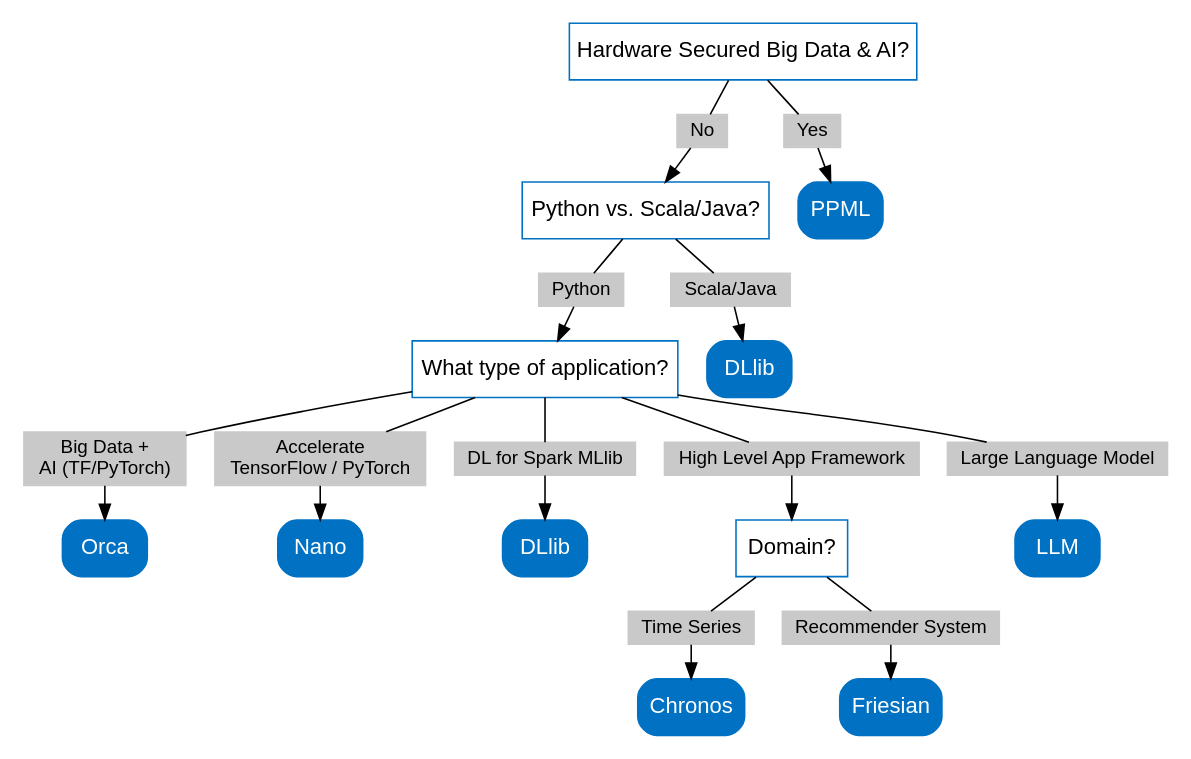
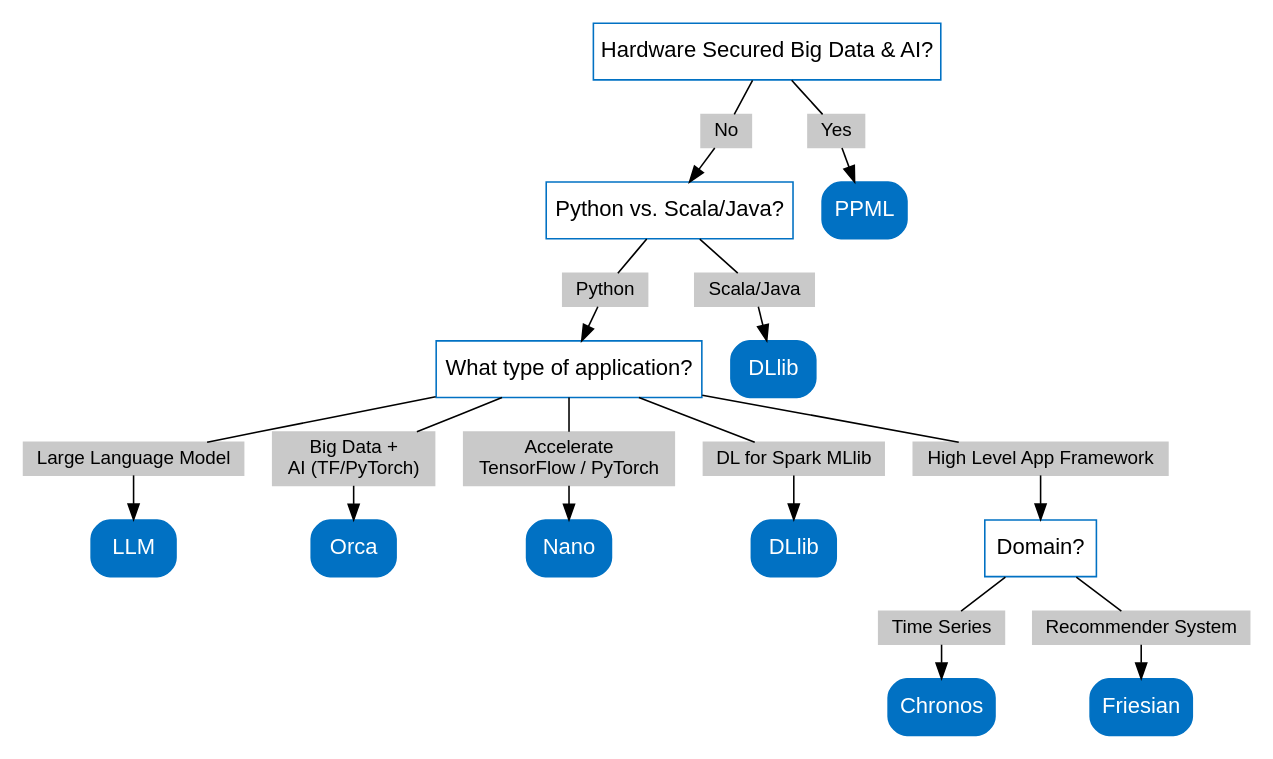
The diagram in docs/readthedocs/source/index.rst (intel-analytics/ipex-llm), drawn with Graphviz before and after one commit.

```diff
--- a/docs/readthedocs/source/index.rst
+++ b/docs/readthedocs/source/index.rst
@@ -31,59 +31,59 @@
 .. graphviz::
 
     digraph BigDLDecisionTree {
         graph [pad=0.1 ranksep=0.3 tooltip=" "]
         node [color="#0171c3" shape=box fontname="Arial" fontsize=14 tooltip=" "]
         edge [tooltip=" "]
         
         Feature1 [label="Hardware Secured Big Data & AI?"]
         Feature2 [label="Python vs. Scala/Java?"]
         Feature3 [label="What type of application?"]
         Feature4 [label="Domain?"]
         
         LLM[href="https://github.com/intel-analytics/BigDL/blob/main/python/llm" target="_blank" target="_blank" style="rounded,filled" fontcolor="#ffffff" tooltip="Go to BigDL-LLM document"]
         Orca[href="../doc/Orca/index.html" target="_blank" target="_blank" style="rounded,filled" fontcolor="#ffffff" tooltip="Go to BigDL-Orca document"]
         Nano[href="../doc/Nano/index.html" target="_blank" target="_blank" style="rounded,filled" fontcolor="#ffffff" tooltip="Go to BigDL-Nano document"]
         DLlib1[label="DLlib" href="../doc/DLlib/index.html" target="_blank" style="rounded,filled" fontcolor="#ffffff" tooltip="Go to BigDL-DLlib document"]
         DLlib2[label="DLlib" href="../doc/DLlib/index.html" target="_blank" style="rounded,filled" fontcolor="#ffffff" tooltip="Go to BigDL-DLlib document"]
         Chronos[href="../doc/Chronos/index.html" target="_blank" style="rounded,filled" fontcolor="#ffffff" tooltip="Go to BigDL-Chronos document"]
         Friesian[href="../doc/Friesian/index.html" target="_blank" style="rounded,filled" fontcolor="#ffffff" tooltip="Go to BigDL-Friesian document"]
         PPML[href="../doc/PPML/index.html" target="_blank" style="rounded,filled" fontcolor="#ffffff" tooltip="Go to BigDL-PPML document"]
         
         ArrowLabel1[label="No" fontsize=12 width=0.1 height=0.1 style=filled color="#c9c9c9"]
         ArrowLabel2[label="Yes" fontsize=12 width=0.1 height=0.1 style=filled color="#c9c9c9"]
         ArrowLabel3[label="Python" fontsize=12 width=0.1 height=0.1 style=filled color="#c9c9c9"]
         ArrowLabel4[label="Scala/Java" fontsize=12 width=0.1 height=0.1 style=filled color="#c9c9c9"]
-        ArrowLabel5[label="Big Data + \n AI (TF/PyTorch)" fontsize=12 width=0.1 height=0.1 style=filled color="#c9c9c9"]
-        ArrowLabel6[label="Accelerate \n TensorFlow / PyTorch" fontsize=12 width=0.1 height=0.1 style=filled color="#c9c9c9"]
-        ArrowLabel7[label="DL for Spark MLlib" fontsize=12 width=0.1 height=0.1 style=filled color="#c9c9c9"]
-        ArrowLabel8[label="High Level App Framework" fontsize=12 width=0.1 height=0.1 style=filled color="#c9c9c9"]
-        ArrowLabel9[label="Time Series" fontsize=12 width=0.1 height=0.1 style=filled color="#c9c9c9"]
-        ArrowLabel10[label="Recommender System" fontsize=12 width=0.1 height=0.1 style=filled color="#c9c9c9"]
-        ArrowLabel11[label="Large Language Model" fontsize=12 width=0.1 height=0.1 style=filled color="#c9c9c9"]
+        ArrowLabel5[label="Large Language Model" fontsize=12 width=0.1 height=0.1 style=filled color="#c9c9c9"]
+        ArrowLabel6[label="Big Data + \n AI (TF/PyTorch)" fontsize=12 width=0.1 height=0.1 style=filled color="#c9c9c9"]
+        ArrowLabel7[label="Accelerate \n TensorFlow / PyTorch" fontsize=12 width=0.1 height=0.1 style=filled color="#c9c9c9"]
+        ArrowLabel8[label="DL for Spark MLlib" fontsize=12 width=0.1 height=0.1 style=filled color="#c9c9c9"]
+        ArrowLabel9[label="High Level App Framework" fontsize=12 width=0.1 height=0.1 style=filled color="#c9c9c9"]
+        ArrowLabel10[label="Time Series" fontsize=12 width=0.1 height=0.1 style=filled color="#c9c9c9"]
+        ArrowLabel11[label="Recommender System" fontsize=12 width=0.1 height=0.1 style=filled color="#c9c9c9"]
         
         Feature1 -> ArrowLabel1[dir=none]
         ArrowLabel1 -> Feature2
         Feature1 -> ArrowLabel2[dir=none]
         ArrowLabel2 -> PPML
         
         Feature2 -> ArrowLabel3[dir=none]
         ArrowLabel3 -> Feature3
         Feature2 -> ArrowLabel4[dir=none]
         ArrowLabel4 -> DLlib1
         
-        Feature3 -> ArrowLabel11[dir=none]
-        ArrowLabel11 -> LLM
         Feature3 -> ArrowLabel5[dir=none]
-        ArrowLabel5 -> Orca
+        ArrowLabel5 -> LLM
         Feature3 -> ArrowLabel6[dir=none]
-        ArrowLabel6 -> Nano
+        ArrowLabel6 -> Orca
         Feature3 -> ArrowLabel7[dir=none]
-        ArrowLabel7 -> DLlib2
+        ArrowLabel7 -> Nano
         Feature3 -> ArrowLabel8[dir=none]
-        ArrowLabel8 -> Feature4
+        ArrowLabel8 -> DLlib2
+        Feature3 -> ArrowLabel9[dir=none]
+        ArrowLabel9 -> Feature4
      
-        Feature4 -> ArrowLabel9[dir=none]
-        ArrowLabel9 -> Chronos
         Feature4 -> ArrowLabel10[dir=none]
-        ArrowLabel10 -> Friesian
+        ArrowLabel10 -> Chronos
+        Feature4 -> ArrowLabel11[dir=none]
+        ArrowLabel11 -> Friesian
     }
```
